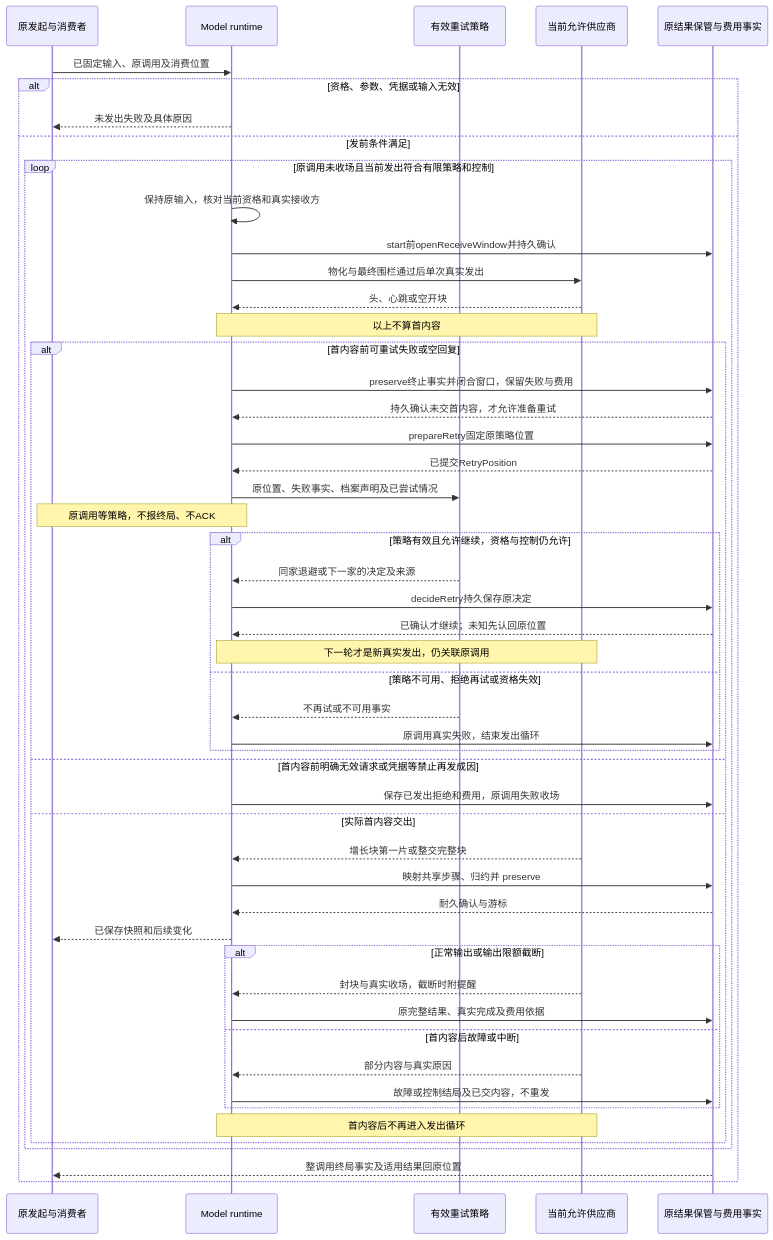
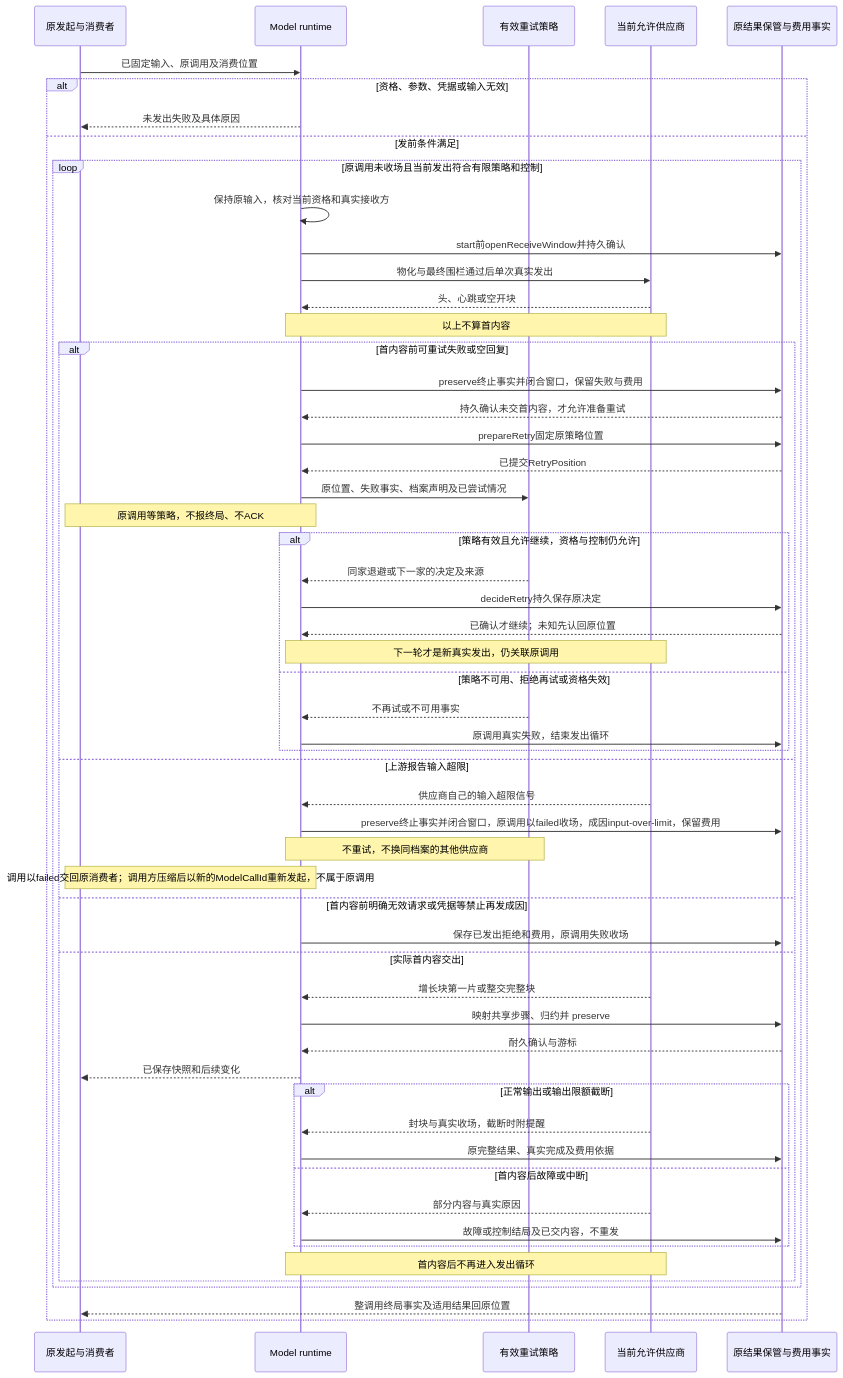
Before and after one commit to nemori-ai/omne-harness-lite: the fourth of 16 diagrams in packages/model/model/docs/flows.md, drawn with Mermaid. The commit also changed other lines of this file and 24 other files, not shown here.

````diff
--- a/packages/model/model/docs/flows.md
+++ b/packages/model/model/docs/flows.md
@@ -138,53 +138,58 @@
 ```mermaid
 sequenceDiagram
   participant F as 原发起与消费者
   participant M as Model runtime
   participant R as 有效重试策略
   participant P as 当前允许供应商
   participant B as 原结果保管与费用事实
   F->>M: 已固定输入、原调用及消费位置
   alt 资格、参数、凭据或输入无效
     M-->>F: 未发出失败及具体原因
   else 发前条件满足
     loop 原调用未收场且当前发出符合有限策略和控制
       M->>M: 保持原输入，核对当前资格和真实接收方
       M->>B: start前openReceiveWindow并持久确认
       M->>P: 物化与最终围栏通过后单次真实发出
       P-->>M: 头、心跳或空开块
       Note over M,P: 以上不算首内容
       alt 首内容前可重试失败或空回复
         M->>B: preserve终止事实并闭合窗口，保留失败与费用
         B-->>M: 持久确认未交首内容，才允许准备重试
         M->>B: prepareRetry固定原策略位置
         B-->>M: 已提交RetryPosition
         M->>R: 原位置、失败事实、档案声明及已尝试情况
         Note over F,M: 原调用等策略，不报终局、不ACK
         alt 策略有效且允许继续，资格与控制仍允许
           R-->>M: 同家退避或下一家的决定及来源
           M->>B: decideRetry持久保存原决定
           B-->>M: 已确认才继续；未知先认回原位置
           Note over M,P: 下一轮才是新真实发出，仍关联原调用
         else 策略不可用、拒绝再试或资格失效
           R-->>M: 不再试或不可用事实
           M->>B: 原调用真实失败，结束发出循环
         end
+      else 上游报告输入超限
+        P-->>M: 供应商自己的输入超限信号
+        M->>B: preserve终止事实并闭合窗口，原调用以failed收场，成因input-over-limit，保留费用
+        Note over M,R: 不重试，不换同档案的其他供应商
+        Note over F,M: 调用以failed交回原消费者；调用方压缩后以新的ModelCallId重新发起，不属于原调用
       else 首内容前明确无效请求或凭据等禁止再发成因
         M->>B: 保存已发出拒绝和费用，原调用失败收场
       else 实际首内容交出
         P-->>M: 增长块第一片或整交完整块
         M->>B: 映射共享步骤、归约并 preserve
         B-->>M: 耐久确认与游标
         M-->>F: 已保存快照和后续变化
         alt 正常输出或输出限额截断
           P-->>M: 封块与真实收场，截断时附提醒
           M->>B: 原完整结果、真实完成及费用依据
         else 首内容后故障或中断
           P-->>M: 部分内容与真实原因
           M->>B: 故障或控制结局及已交内容，不重发
         end
         Note over M,P: 首内容后不再进入发出循环
       end
     end
     B-->>F: 整调用终局事实及适用结果回原位置
   end
 ```
````
